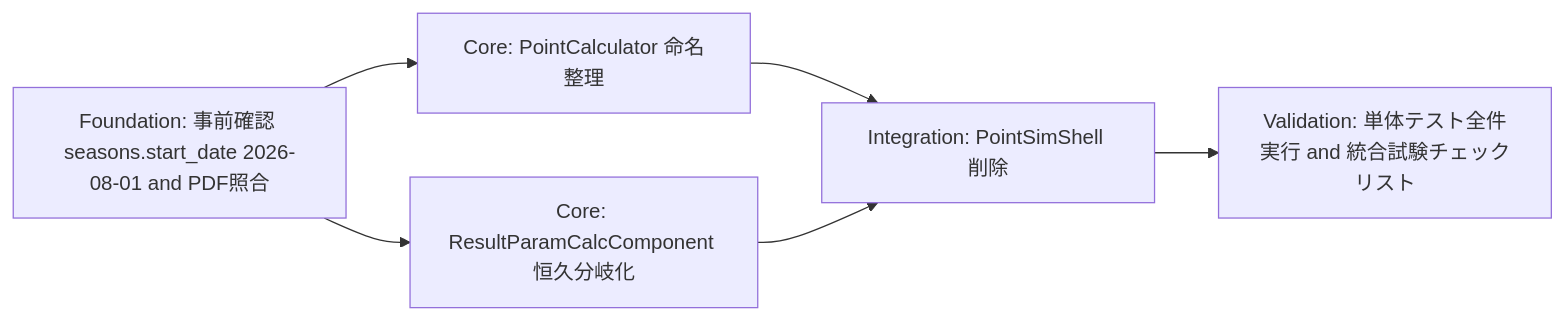
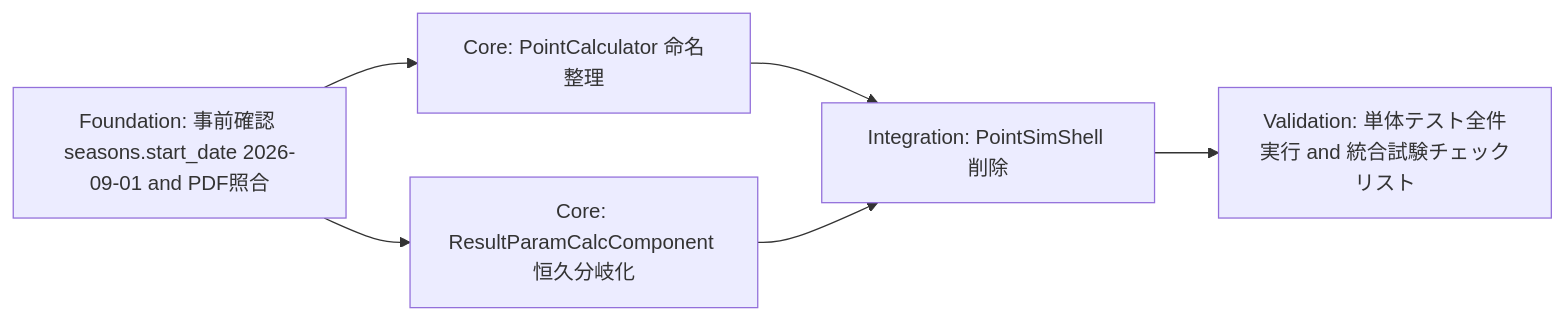
The third of 3 diagrams in .kiro/specs/ajocc-point-267-prod/design.md (cyclox-dev/cyclox2_docker), drawn with Mermaid before and after one commit. The commit also changed other lines of this file and 6 other files, not shown here.

````diff
--- a/.kiro/specs/ajocc-point-267-prod/design.md
+++ b/.kiro/specs/ajocc-point-267-prod/design.md
@@ -396,8 +396,8 @@
 ```mermaid
 flowchart LR
-    A[Foundation: 事前確認 seasons.start_date 2026-08-01 and PDF照合] --> B[Core: PointCalculator 命名整理]
+    A[Foundation: 事前確認 seasons.start_date 2026-09-01 and PDF照合] --> B[Core: PointCalculator 命名整理]
     A --> C[Core: ResultParamCalcComponent 恒久分岐化]
     B --> D[Integration: PointSimShell 削除]
     C --> D
     D --> E[Validation: 単体テスト全件実行 and 統合試験チェックリスト]
 ```
````
